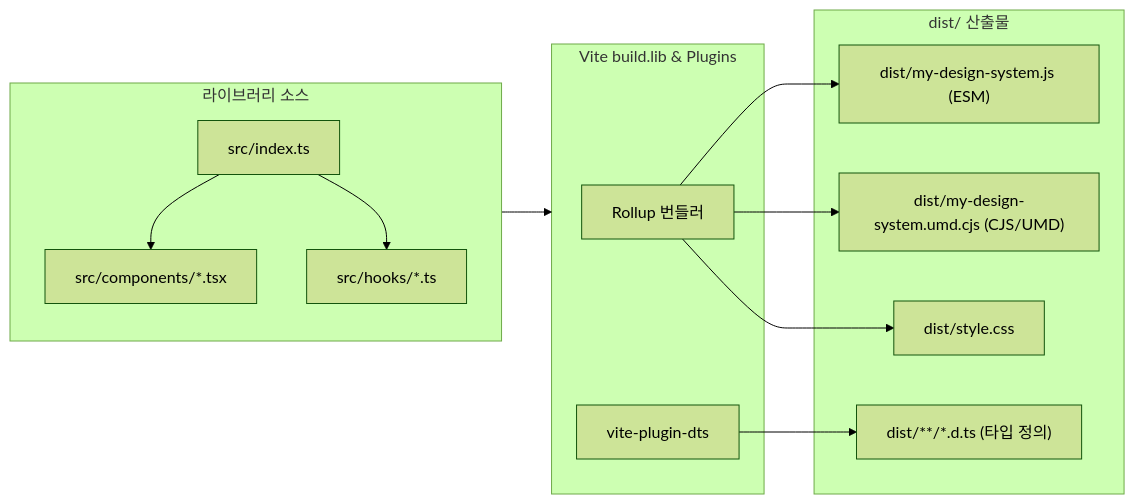
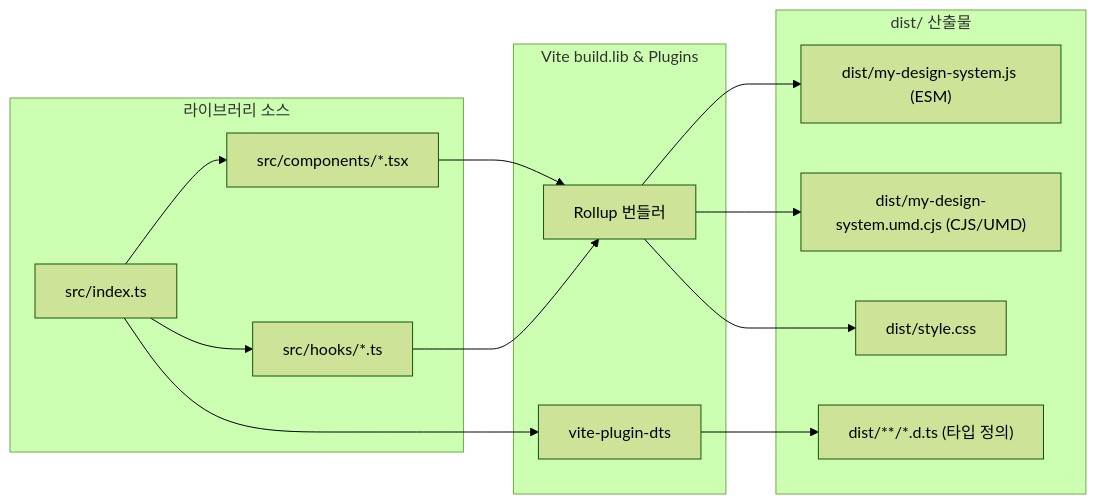
The diagram in _posts/Vite/2026-10-02-vite-library-mode-package-publishing.md (cmsong111/blog), drawn with Mermaid (forest theme) before and after one commit. The commit also changed 96 other files, not shown here.

````diff
--- a/_posts/Vite/2026-10-02-vite-library-mode-package-publishing.md
+++ b/_posts/Vite/2026-10-02-vite-library-mode-package-publishing.md
@@ -24,28 +24,27 @@
 ```mermaid
 flowchart LR
     subgraph Source["라이브러리 소스"]
         TS["src/index.ts"]
         Comp["src/components/*.tsx"]
         Hooks["src/hooks/*.ts"]
         TS --> Comp
         TS --> Hooks
     end
-
     subgraph ViteBuild["Vite build.lib & Plugins"]
         Rollup["Rollup 번들러"]
         DtsPlugin["vite-plugin-dts"]
     end
-
     subgraph Artifacts["dist/ 산출물"]
         ESM["dist/my-design-system.js (ESM)"]
         CJS["dist/my-design-system.umd.cjs (CJS/UMD)"]
         CSS["dist/style.css"]
         DTS["dist/**/*.d.ts (타입 정의)"]
     end
-
-    Source --> ViteBuild
+    Comp --> Rollup
+    Hooks --> Rollup
+    TS --> DtsPlugin
     Rollup --> ESM
     Rollup --> CJS
     Rollup --> CSS
     DtsPlugin --> DTS
 ```
````
